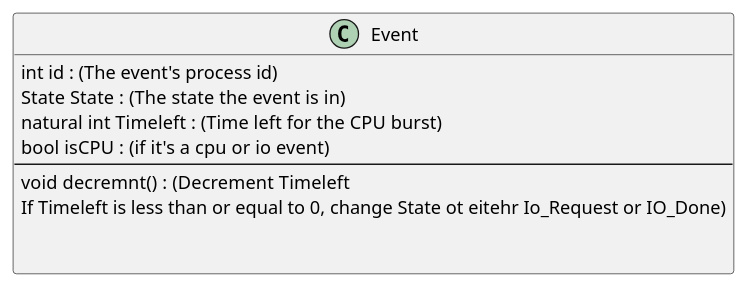
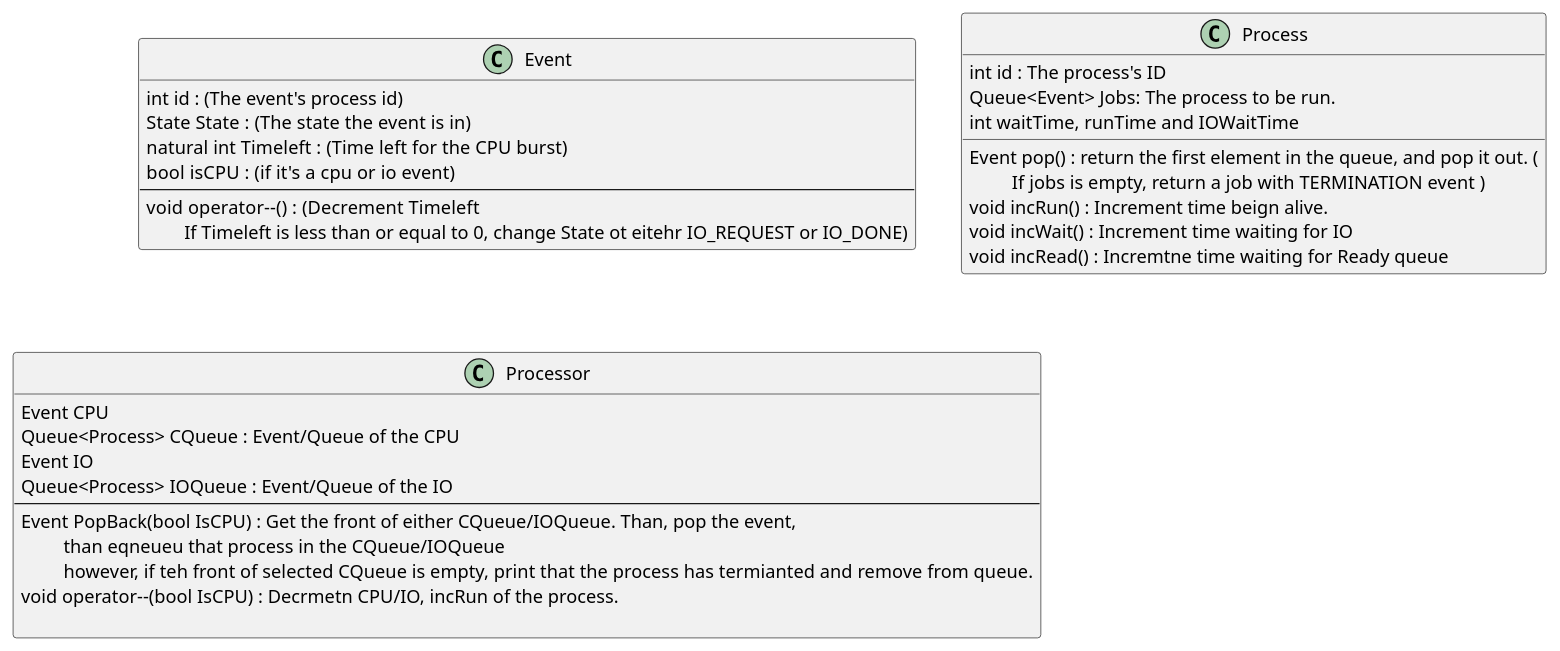
One commit to HawaiinPizza/CIs450-proejct changed the second of 2 diagrams in TestCase.org. Above: the diagram before and after it, drawn with PlantUML. The commit also changed 2 other files, not shown here.

Commit message:
For some reaosn i can't fukcing get this to work. gonna start code again. :(

```diff
--- a/TestCase.org
+++ b/TestCase.org
@@ -181,13 +181,35 @@
 #+BEGIN_src plantuml :file Alg2.png
 class Event{
 	int id : (The event's process id)
 	State State :  (The state the event is in)
 	natural int Timeleft :  (Time left for the CPU burst)
 	bool isCPU :  (if it's a cpu or io event)
 	--
-	void decremnt() :  (Decrement Timeleft
-	If Timeleft is less than or equal to 0, change State ot eitehr Io_Request or IO_Done)
+	void operator--() :  (Decrement Timeleft
+		\tIf Timeleft is less than or equal to 0, change State ot eitehr IO_REQUEST or IO_DONE)
+	}
+class Process{
+	int id : The process's ID
+	Queue<Event> Jobs: The process to be run.
+	int waitTime, runTime and IOWaitTime
+	Event pop() : return the first element in the queue, and pop it out. (
+		\t If jobs is empty, return a job with TERMINATION event )
+	void incRun() : Increment time beign alive.
+	void incWait() : Increment time waiting for IO
+	void incRead() : Incremtne time waiting for Ready queue
 
+}
+
+class Processor{
+	Event CPU
+	Queue<Process> CQueue : Event/Queue of the CPU
+	Event IO
+	Queue<Process> IOQueue : Event/Queue of the IO
+	--
+	Event PopBack(bool IsCPU) : Get the front of either CQueue/IOQueue. Than, pop the event,
+		\t than eqneueu that process in the CQueue/IOQueue
+		\t however, if teh front of selected CQueue is empty, print that the process has termianted and remove from queue.
+	void operator--(bool IsCPU) : Decrmetn CPU/IO, incRun of the process.
 
 }
 #+END_src
```
